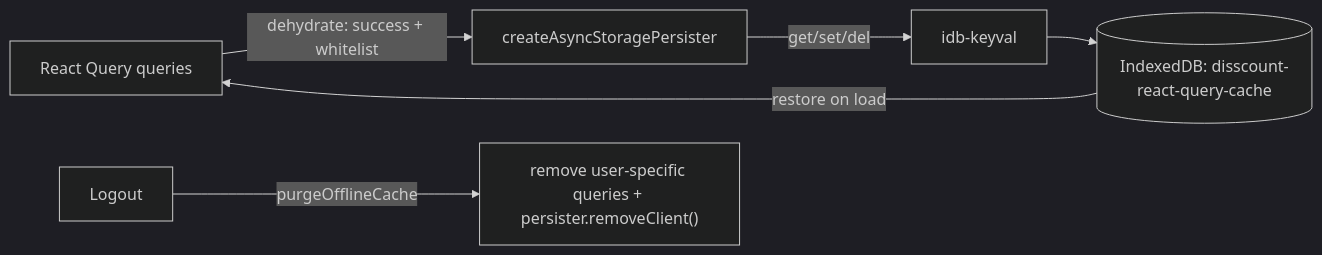
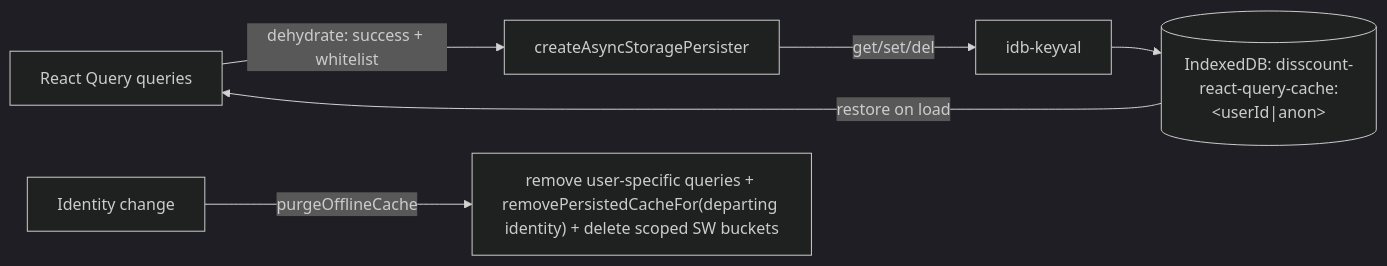
Before and after one commit to OffCrazyFreak/Disscount: the third of 4 diagrams in docs/PWA.md, drawn with Mermaid (dark theme). The commit also changed other lines of this file and 2 other files, not shown here.

First line of the commit message:
docs: Correct the sharing and offline cache details that went stale

````diff
--- a/docs/PWA.md
+++ b/docs/PWA.md
@@ -257,8 +257,8 @@
 ```mermaid
 flowchart LR
     Q["React Query queries"] -->|"dehydrate: success + whitelist"| P["createAsyncStoragePersister"]
     P -->|get/set/del| K["idb-keyval"]
-    K --> IDB[("IndexedDB: disscount-react-query-cache")]
+    K --> IDB[("IndexedDB: disscount-react-query-cache:&lt;userId|anon&gt;")]
     IDB -->|restore on load| Q
-    Logout["Logout"] -->|purgeOfflineCache| Clear["remove user-specific queries + persister.removeClient()"]
+    Logout["Identity change"] -->|purgeOfflineCache| Clear["remove user-specific queries + removePersistedCacheFor(departing identity) + delete scoped SW buckets"]
 ```
````
